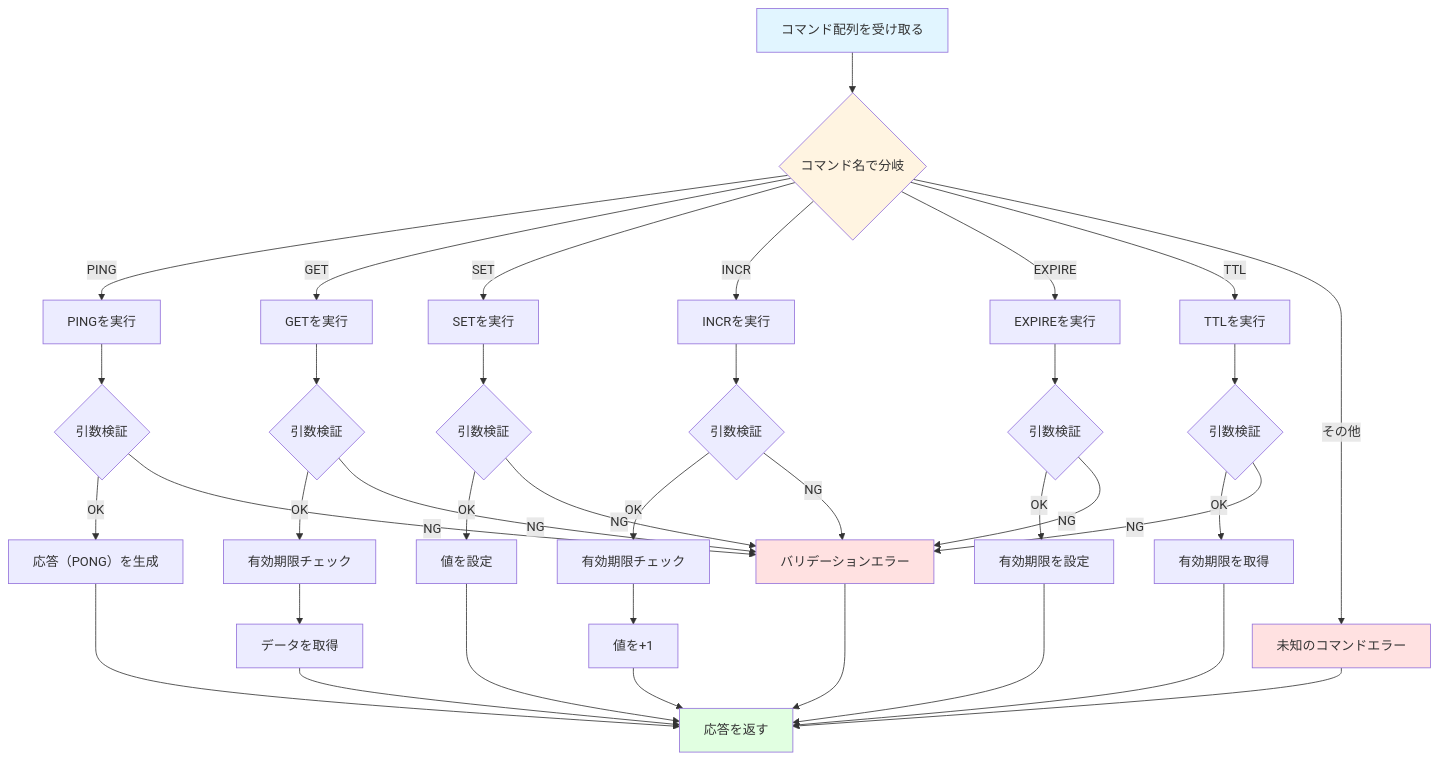
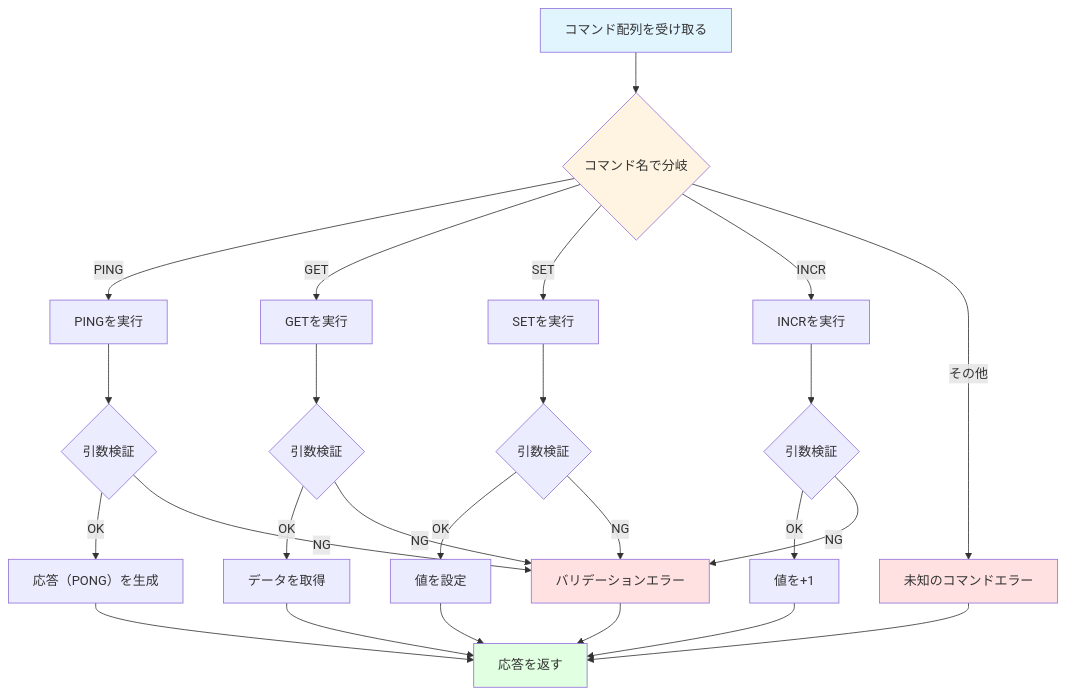
Before and after one commit to hkws/mini-redis-py: the diagram in docs/lectures/03-commands.md, drawn with Mermaid. The commit also changed other lines of this file and 7 other files, not shown here.

````diff
--- a/docs/lectures/03-commands.md
+++ b/docs/lectures/03-commands.md
@@ -87,51 +87,38 @@
 ```mermaid
 graph TB
     START[コマンド配列を受け取る] --> ROUTE{コマンド名で分岐}
 
     ROUTE -->|PING| PING_EXEC[PINGを実行]
     ROUTE -->|GET| GET_EXEC[GETを実行]
     ROUTE -->|SET| SET_EXEC[SETを実行]
     ROUTE -->|INCR| INCR_EXEC[INCRを実行]
-    ROUTE -->|EXPIRE| EXPIRE_EXEC[EXPIREを実行]
-    ROUTE -->|TTL| TTL_EXEC[TTLを実行]
     ROUTE -->|その他| ERROR[未知のコマンドエラー]
 
     PING_EXEC --> VALIDATE1{引数検証}
     GET_EXEC --> VALIDATE2{引数検証}
     SET_EXEC --> VALIDATE3{引数検証}
     INCR_EXEC --> VALIDATE4{引数検証}
-    EXPIRE_EXEC --> VALIDATE5{引数検証}
-    TTL_EXEC --> VALIDATE6{引数検証}
 
     VALIDATE1 -->|OK| EXEC1[応答（PONG）を生成]
-    VALIDATE2 -->|OK| EXPIRY_CHECK[有効期限チェック]
+    VALIDATE2 -->|OK| EXEC2[データを取得]
     VALIDATE3 -->|OK| EXEC3[値を設定]
-    VALIDATE4 -->|OK| EXPIRY_CHECK2[有効期限チェック]
-    VALIDATE5 -->|OK| EXEC5[有効期限を設定]
-    VALIDATE6 -->|OK| EXEC6[有効期限を取得]
+    VALIDATE4 -->|OK| EXEC4[値を+1]
 
     VALIDATE1 -->|NG| INVALID[バリデーションエラー]
     VALIDATE2 -->|NG| INVALID
     VALIDATE3 -->|NG| INVALID
     VALIDATE4 -->|NG| INVALID
-    VALIDATE5 -->|NG| INVALID
-    VALIDATE6 -->|NG| INVALID
-
-    EXPIRY_CHECK --> EXEC2[データを取得]
-    EXPIRY_CHECK2 --> EXEC4[値を+1]
 
     EXEC1 --> RESPONSE[応答を返す]
     EXEC2 --> RESPONSE
     EXEC3 --> RESPONSE
     EXEC4 --> RESPONSE
-    EXEC5 --> RESPONSE
-    EXEC6 --> RESPONSE
     INVALID --> RESPONSE
     ERROR --> RESPONSE
 
     style START fill:#e1f5ff
     style ROUTE fill:#fff4e1
     style RESPONSE fill:#e1ffe1
     style INVALID fill:#ffe1e1
     style ERROR fill:#ffe1e1
 ```
````
